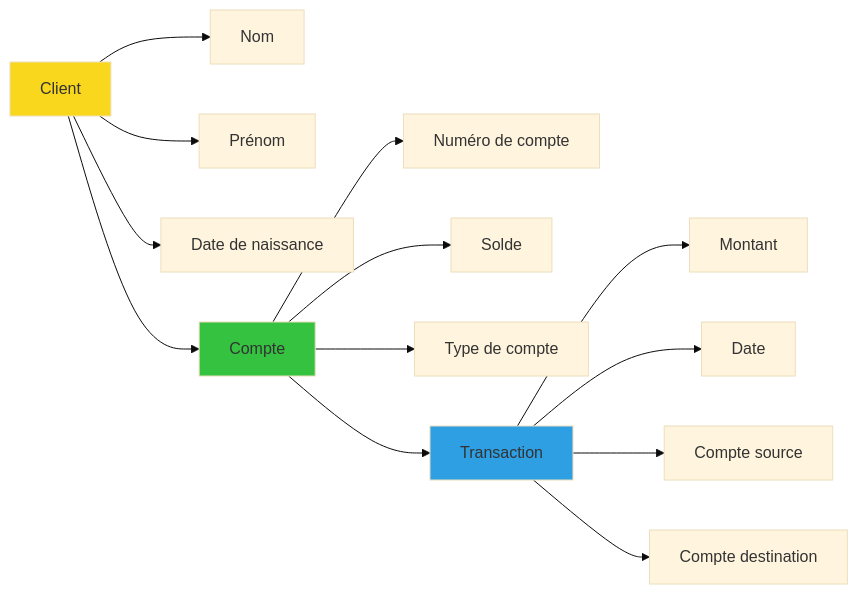
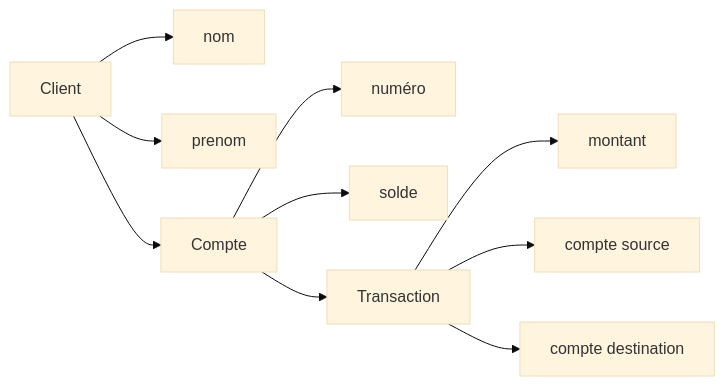
Before and after one commit to Tan-Software/domain-driven-design: the second of 11 diagrams in README.md, drawn with Mermaid (base theme). The commit also changed other lines of this file, not shown here.

````diff
--- a/README.md
+++ b/README.md
@@ -100,20 +76,13 @@
 ```mermaid
 graph LR
   A[Client]
-  A --> B[Nom]
-  A --> C[Prénom]
-  A --> D[Date de naissance]
+  A --> B[nom]
+  A --> C[prenom]
   A --> E[Compte]
-  E --> F[Numéro de compte]
-  E --> G[Solde]
-  E --> H[Type de compte]
+  E --> F[numéro]
+  E --> G[solde]
   E --> I[Transaction]
-  I --> J[Montant]
-  I --> K[Date]
-  I --> L[Compte source]
-  I --> M[Compte destination]
-
-  style A fill:#f9d71c
-  style E fill:#34c240
-  style I fill:#2d9fe2
+  I --> J[montant]
+  I --> L[compte source]
+  I --> M[compte destination]
 ```
````
